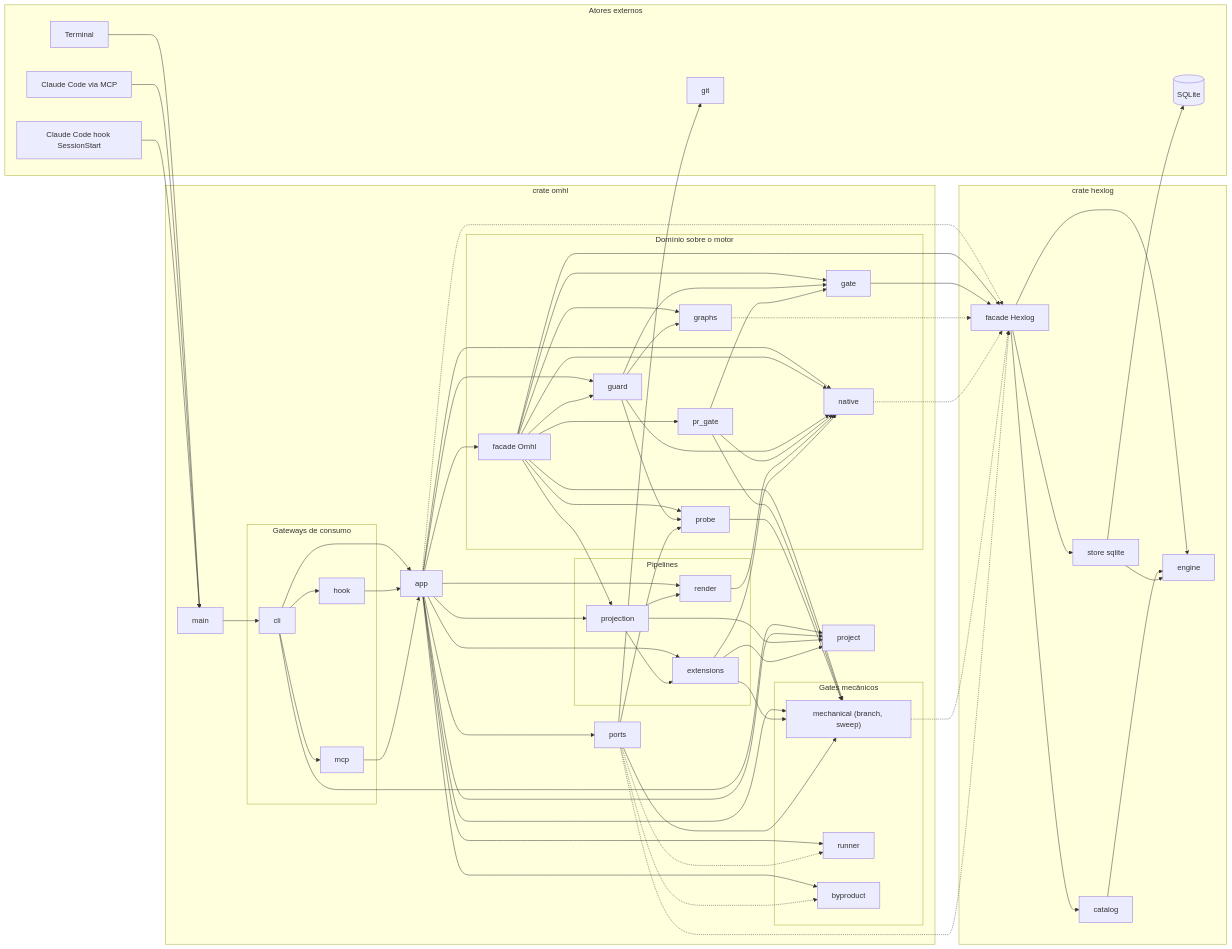
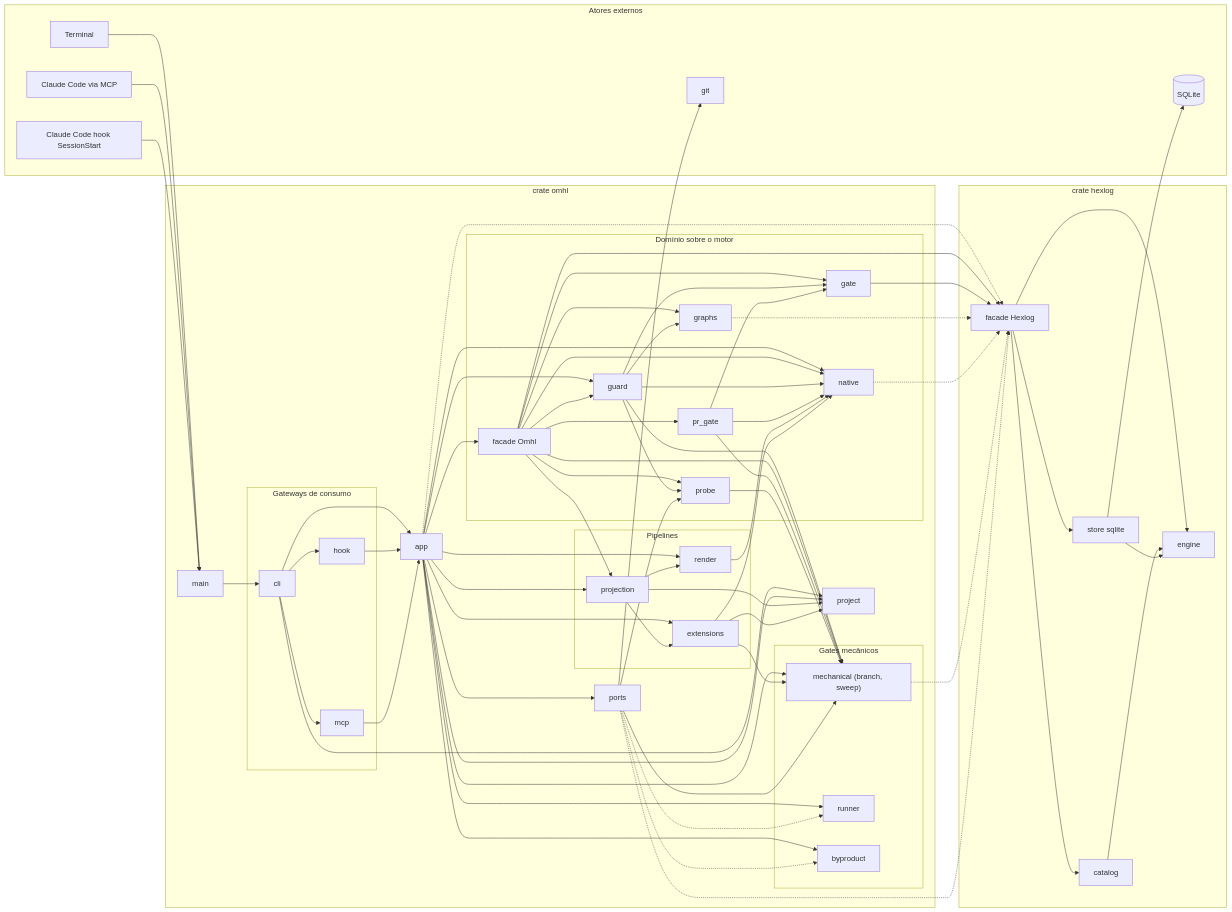
Before and after one commit to gabrielh-silvestre/oh-my-hexflow: the diagram in docs/architecture.md, drawn with Mermaid. The commit also changed other lines of this file and 6 other files, not shown here.

```diff
--- a/docs/architecture.md
+++ b/docs/architecture.md
@@ -92,6 +92,7 @@
   guard --> gate
   guard --> graphs
   guard --> native
+  guard --> mechanical
   guard --> probe
   prgate --> gate
   prgate --> native
```
